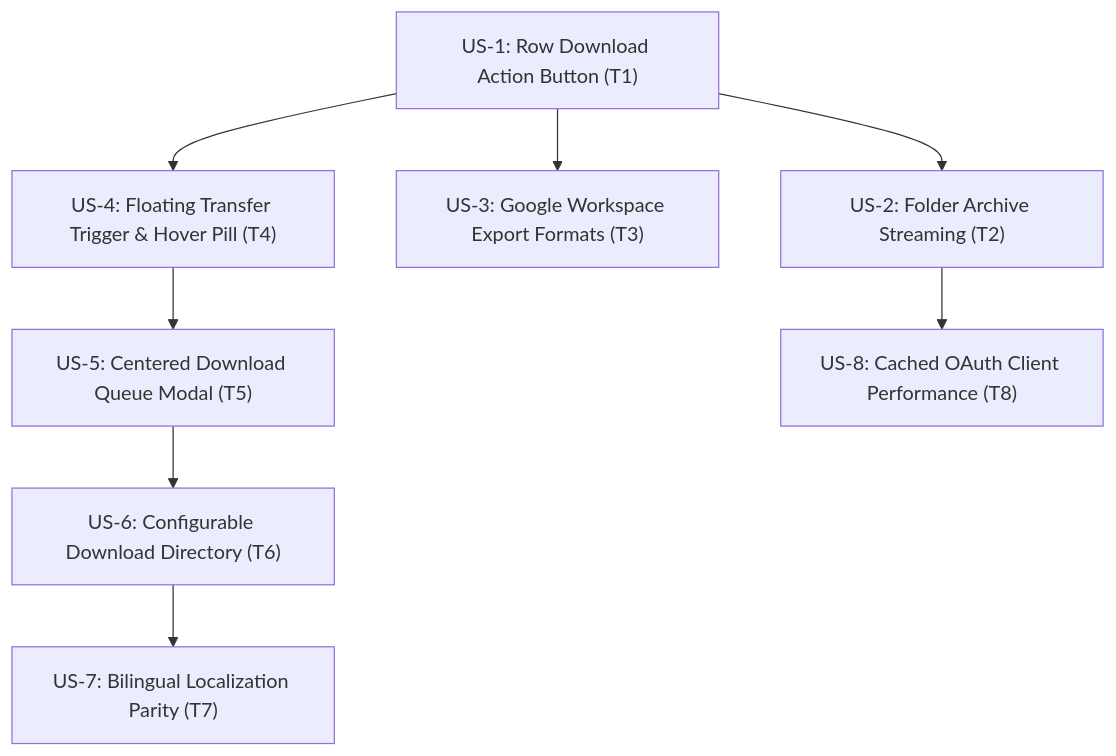
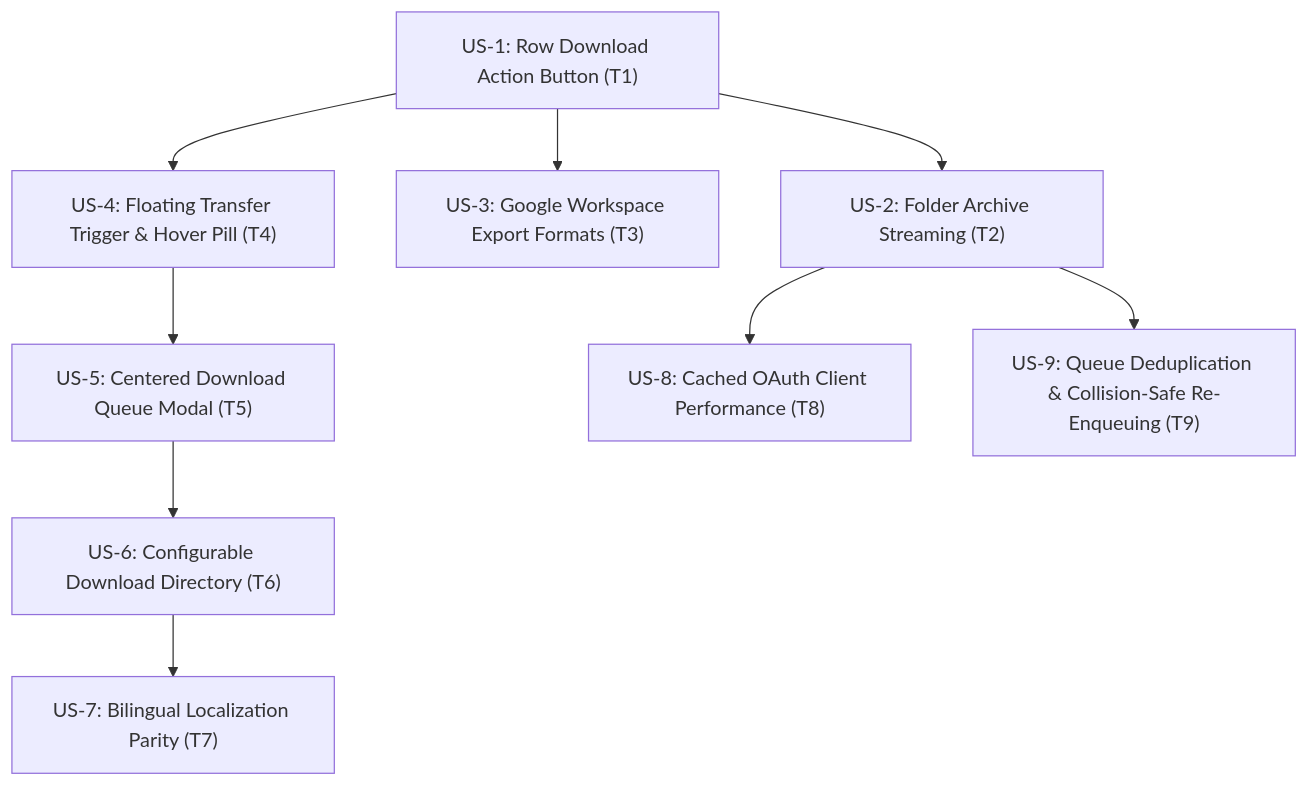
Before and after one commit to sebix7/Prydrive: the diagram in specs/012-download-transfers/plan.md, drawn with Mermaid. The commit also changed other lines of this file and 7 other files, not shown here.

````diff
--- a/specs/012-download-transfers/plan.md
+++ b/specs/012-download-transfers/plan.md
@@ -425,10 +441,11 @@
 ```mermaid
 flowchart TD
     US1["US-1: Row Download Action Button (T1)"] --> US2["US-2: Folder Archive Streaming (T2)"]
     US1 --> US3["US-3: Google Workspace Export Formats (T3)"]
     US1 --> US4["US-4: Floating Transfer Trigger & Hover Pill (T4)"]
     US4 --> US5["US-5: Centered Download Queue Modal (T5)"]
     US5 --> US6["US-6: Configurable Download Directory (T6)"]
     US6 --> US7["US-7: Bilingual Localization Parity (T7)"]
     US2 --> US8["US-8: Cached OAuth Client Performance (T8)"]
+    US2 --> US9["US-9: Queue Deduplication & Collision-Safe Re-Enqueuing (T9)"]
 ```
````
